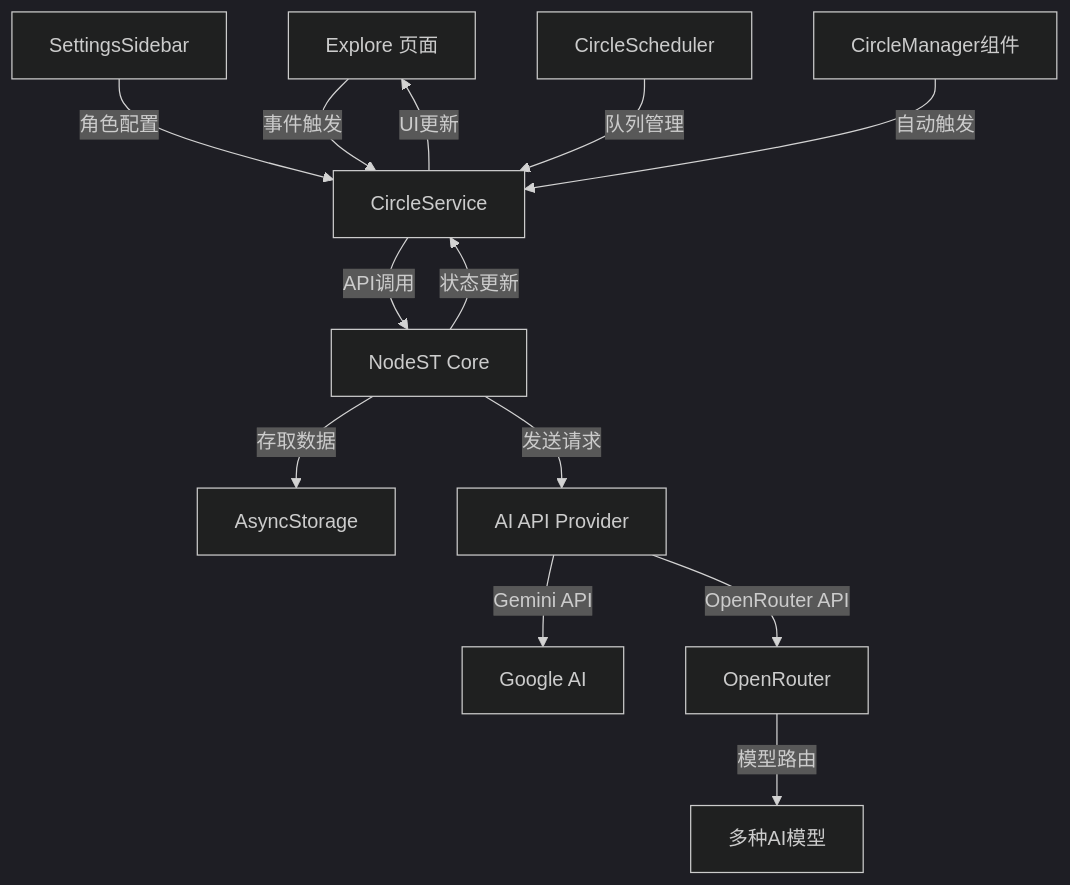
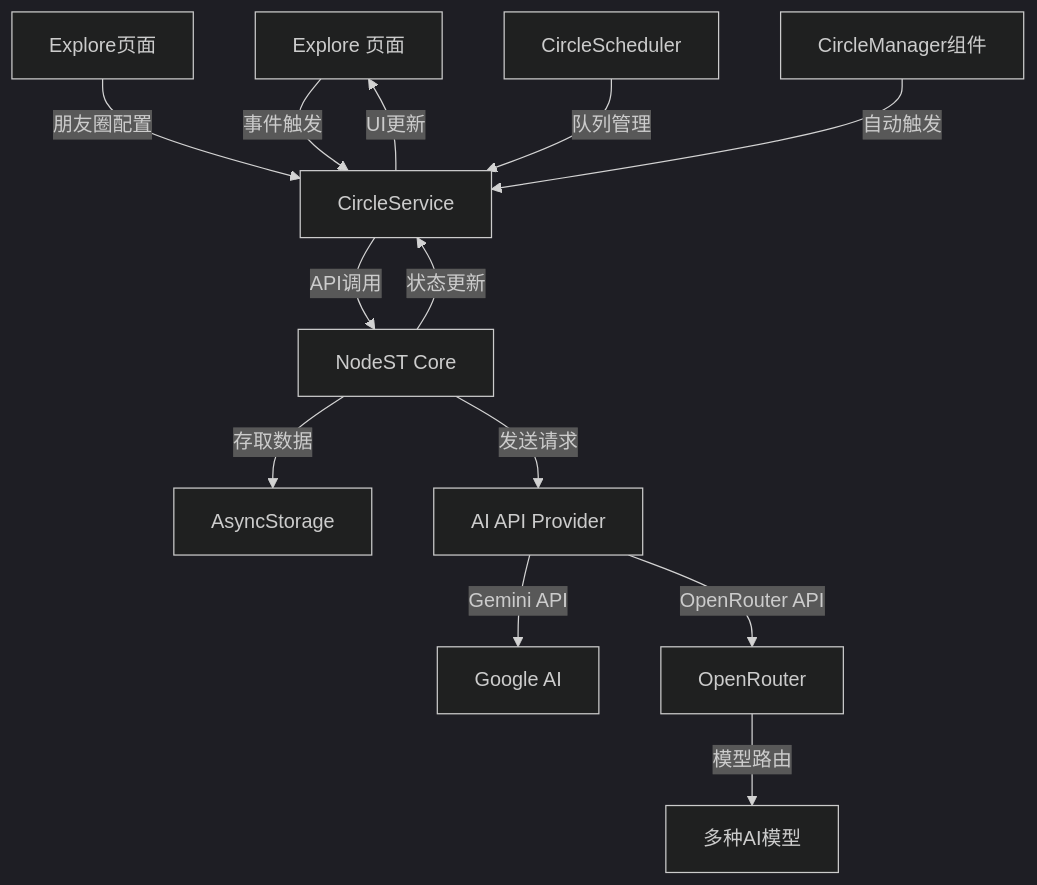
One commit to wslkwwww/CradleAI changed the diagram in docs/circle-interaction-system.md. Above: the diagram before and after it, drawn with Mermaid (dark theme). The commit also changed other lines of this file and 74 other files, not shown here.

````diff
--- a/docs/circle-interaction-system.md
+++ b/docs/circle-interaction-system.md
@@ -57,15 +63,15 @@
 ```mermaid
 graph TD
     A[Explore 页面] -->|事件触发| B[CircleService]
-    F[SettingsSidebar] -->|角色配置| B
+    F[Explore页面] -->|朋友圈配置| B
     B -->|API调用| C[NodeST Core]
     C -->|状态更新| B
     B -->|UI更新| A
     C -->|存取数据| D[AsyncStorage]
     C -->|发送请求| E[AI API Provider]
     E -->|Gemini API| G[Google AI]
     E -->|OpenRouter API| H[OpenRouter]
     H -->|模型路由| I[多种AI模型]
     J[CircleScheduler] -->|队列管理| B
     K[CircleManager组件] -->|自动触发| B
 ```
````
